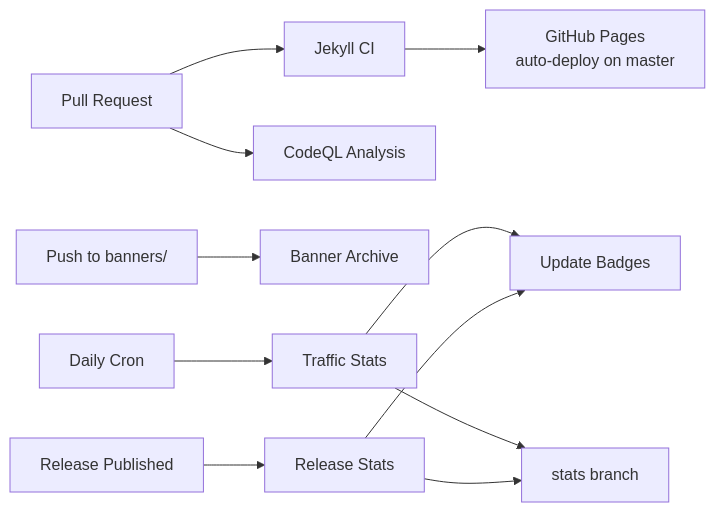
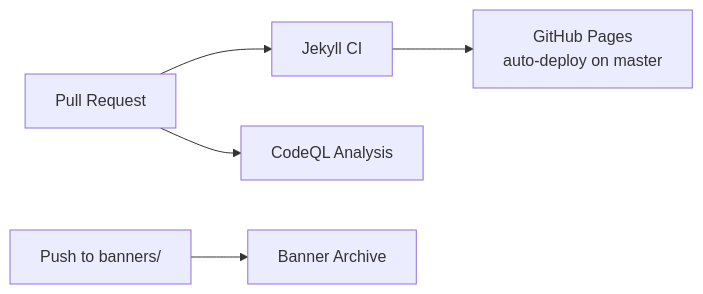
The fourth of 4 diagrams in README.md (Masrik-Dahir/Masrik-Dahir.github.io), drawn with Mermaid before and after one commit. The commit also changed other lines of this file and 112 other files, not shown here.

````diff
--- a/README.md
+++ b/README.md
@@ -322,13 +344,7 @@
 ```mermaid
 flowchart LR
     PR[Pull Request] --> Jekyll["Jekyll CI"]
     PR --> CodeQL["CodeQL Analysis"]
     Jekyll --> Deploy["GitHub Pages<br/>auto-deploy on master"]
     Push["Push to banners/"] --> Banner["Banner Archive"]
-    Cron["Daily Cron"] --> Stats["Traffic Stats"]
-    Release["Release Published"] --> RelStats["Release Stats"]
-    Stats --> Badges["Update Badges"]
-    RelStats --> Badges
-    Stats --> StatsStore["stats branch"]
-    RelStats --> StatsStore
 ```
````
